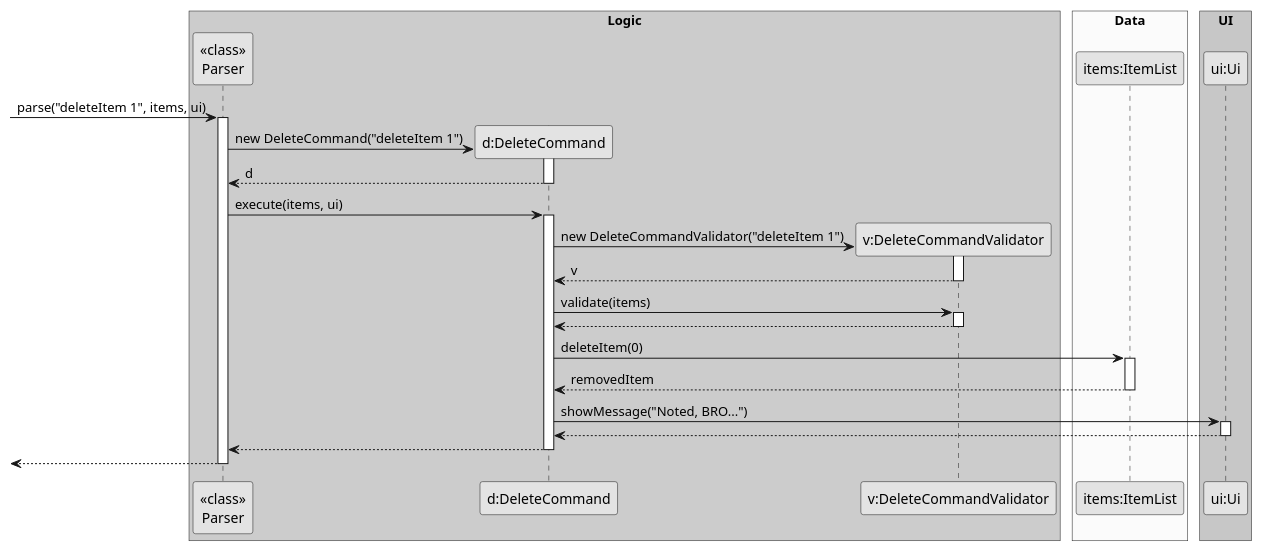
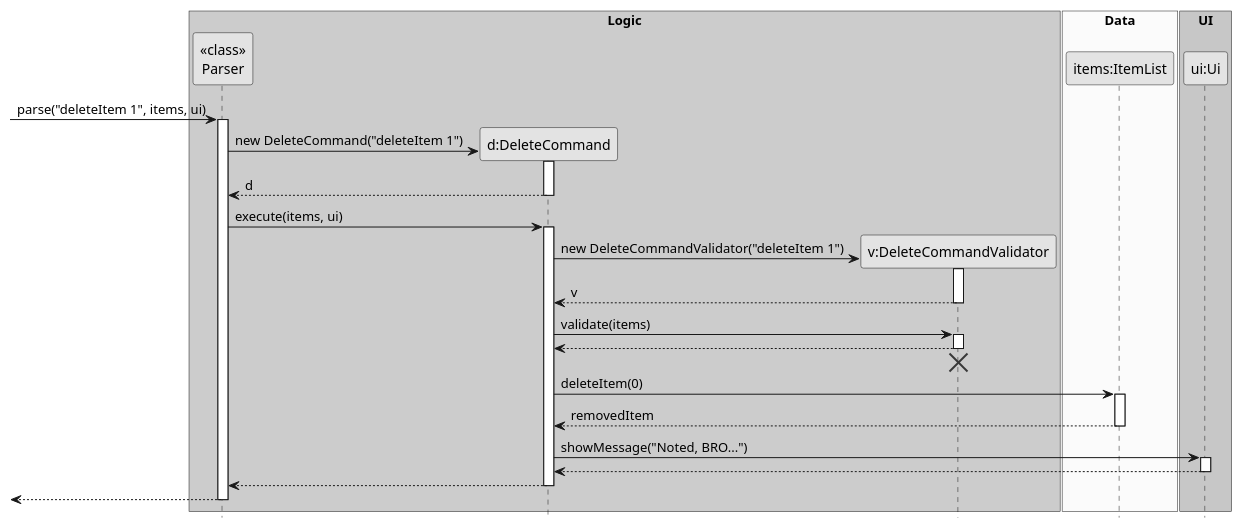
The diagram in docs/diagrams/DeleteSequenceDiagram.puml (fmohamedfaras/tp), drawn with PlantUML before and after one commit. The commit also changed 14 other files, not shown here.

First line of the commit message:
Edit uml sequence diagrams

```diff
--- a/docs/diagrams/DeleteSequenceDiagram.puml
+++ b/docs/diagrams/DeleteSequenceDiagram.puml
@@ -1,59 +1,61 @@
 @startuml
-!pragma teoz true
 skinparam monochrome true
 skinparam shadowing false
+hide footbox
 
 box "Logic" #LightBlue
 participant "<<class>>\nParser" as Parser
 participant "d:DeleteCommand" as DeleteCommand
 participant "v:DeleteCommandValidator" as DeleteCommandValidator
 end box
 
 box "Data" #LightYellow
 participant "items:ItemList" as ItemList
 end box
 
 box "UI" #LightGreen
 participant "ui:Ui" as Ui
 end box
 
 -> Parser : parse("deleteItem 1", items, ui)
 activate Parser
 
 create DeleteCommand
 Parser -> DeleteCommand : new DeleteCommand("deleteItem 1")
 activate DeleteCommand
 DeleteCommand --> Parser : d
 deactivate DeleteCommand
 
 Parser -> DeleteCommand : execute(items, ui)
 activate DeleteCommand
 
 create DeleteCommandValidator
 DeleteCommand -> DeleteCommandValidator : new DeleteCommandValidator("deleteItem 1")
 activate DeleteCommandValidator
 DeleteCommandValidator --> DeleteCommand : v
 deactivate DeleteCommandValidator
 
 DeleteCommand -> DeleteCommandValidator : validate(items)
 activate DeleteCommandValidator
 DeleteCommandValidator --> DeleteCommand
 deactivate DeleteCommandValidator
+DeleteCommandValidator -[hidden]-> DeleteCommand
+destroy DeleteCommandValidator
 
 DeleteCommand -> ItemList : deleteItem(0)
 activate ItemList
 ItemList --> DeleteCommand : removedItem
 deactivate ItemList
 
 DeleteCommand -> Ui : showMessage("Noted, BRO...")
 activate Ui
 Ui --> DeleteCommand
 deactivate Ui
 
 DeleteCommand --> Parser
 deactivate DeleteCommand
 
 <-- Parser
 deactivate Parser
 
 @enduml
```
